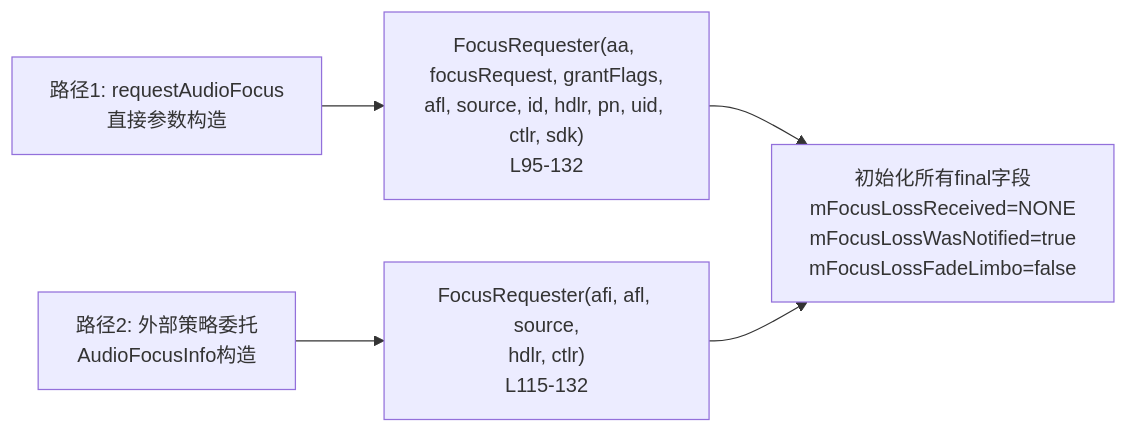
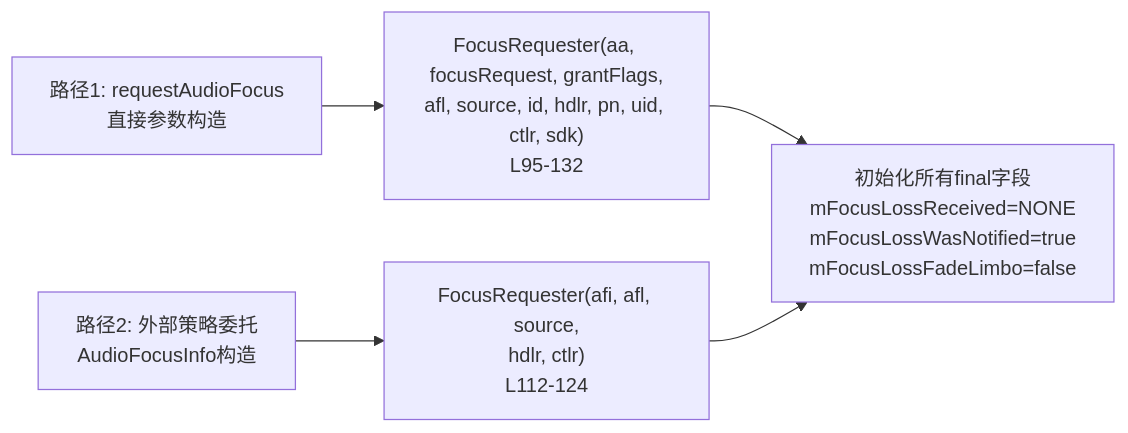
The second of 8 diagrams in 12_Audio_Focus_Deep_Dive/12_12.12_FocusRequester内部机制.md (yanglinzhen1022/SA8295_AAOS_QNX_Audio_KnowledgeBase), drawn with Mermaid before and after one commit. The commit also changed other lines of this file and 58 other files, not shown here.

````diff
--- a/12_Audio_Focus_Deep_Dive/12_12.12_FocusRequester内部机制.md
+++ b/12_Audio_Focus_Deep_Dive/12_12.12_FocusRequester内部机制.md
@@ -95,7 +95,7 @@
 ```mermaid
 flowchart LR
     PATH1["路径1: requestAudioFocus<br>直接参数构造"] --> CTOR1["FocusRequester(aa, focusRequest, grantFlags,<br>afl, source, id, hdlr, pn, uid, ctlr, sdk)<br>L95-132"]
-    PATH2["路径2: 外部策略委托<br>AudioFocusInfo构造"] --> CTOR2["FocusRequester(afi, afl, source,<br>hdlr, ctlr)<br>L115-132"]
+    PATH2["路径2: 外部策略委托<br>AudioFocusInfo构造"] --> CTOR2["FocusRequester(afi, afl, source,<br>hdlr, ctlr)<br>L112-124"]
     CTOR1 --> INIT["初始化所有final字段<br>mFocusLossReceived=NONE<br>mFocusLossWasNotified=true<br>mFocusLossFadeLimbo=false"]
     CTOR2 --> INIT
 ```
````
